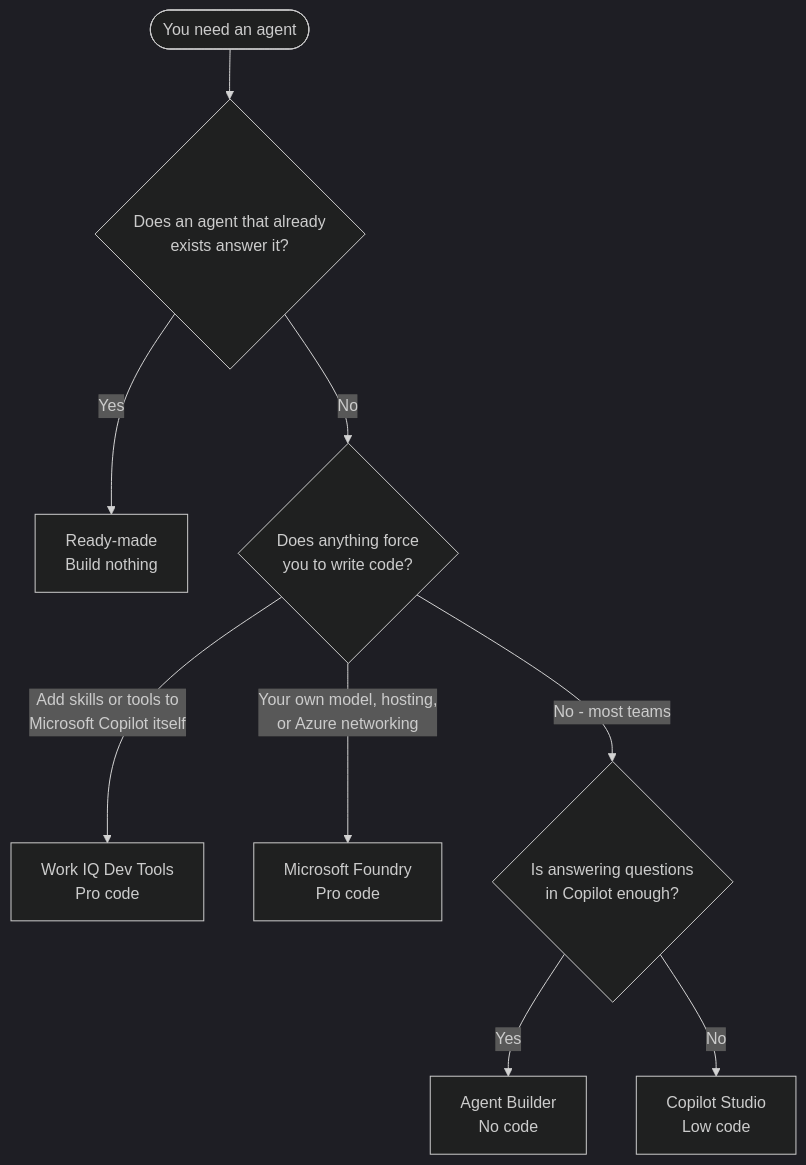
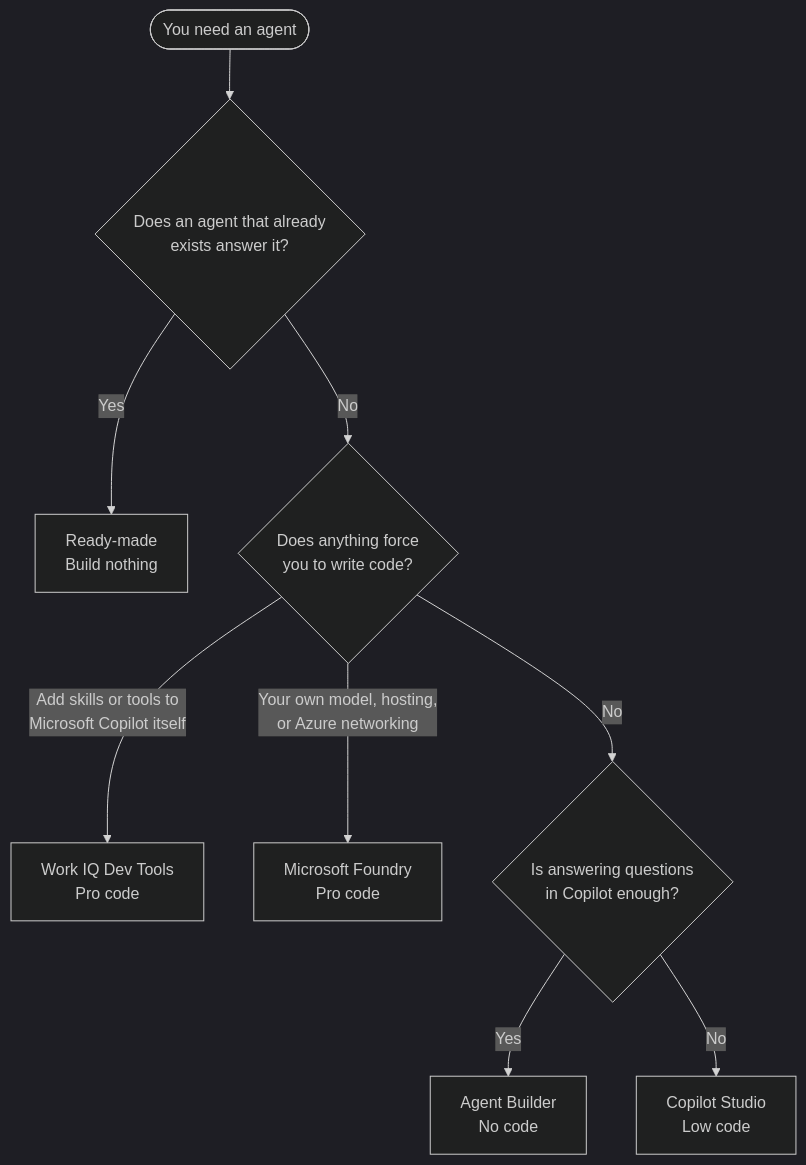
Before and after one commit to SSWConsulting/SSW.Rules.Content: the diagram in public/uploads/rules/ai-agent-platform/rule.mdx, drawn with Mermaid (dark theme). The commit also changed other lines of this file, not shown here.

````diff
--- a/public/uploads/rules/ai-agent-platform/rule.mdx
+++ b/public/uploads/rules/ai-agent-platform/rule.mdx
@@ -48,11 +48,11 @@
 ```mermaid
 flowchart TD
     Start(["You need an agent"]) --> Q0{"Does an agent that already<br>exists answer it?"}
     Q0 -->|Yes| RM["Ready-made<br>Build nothing"]
     Q0 -->|No| Q1{"Does anything force<br>you to write code?"}
     Q1 -->|"Add skills or tools to<br>Microsoft Copilot itself"| TK["Work IQ Dev Tools<br>Pro code"]
     Q1 -->|"Your own model, hosting,<br>or Azure networking"| FD["Microsoft Foundry<br>Pro code"]
-    Q1 -->|"No - most teams"| Q2{"Is answering questions<br>in Copilot enough?"}
+    Q1 -->|No| Q2{"Is answering questions<br>in Copilot enough?"}
     Q2 -->|Yes| AB["Agent Builder<br>No code"]
     Q2 -->|No| CS["Copilot Studio<br>Low code"]
 ```
````
